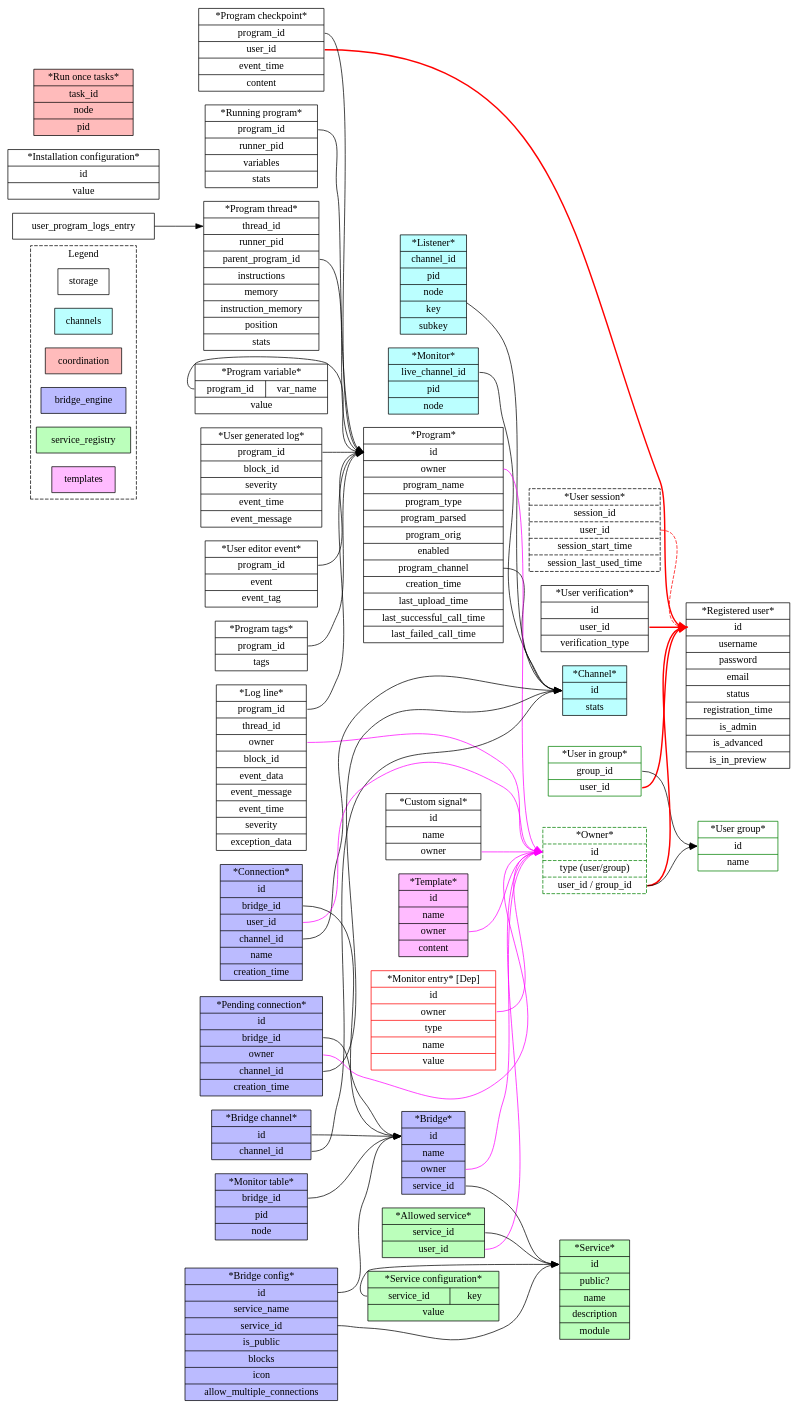
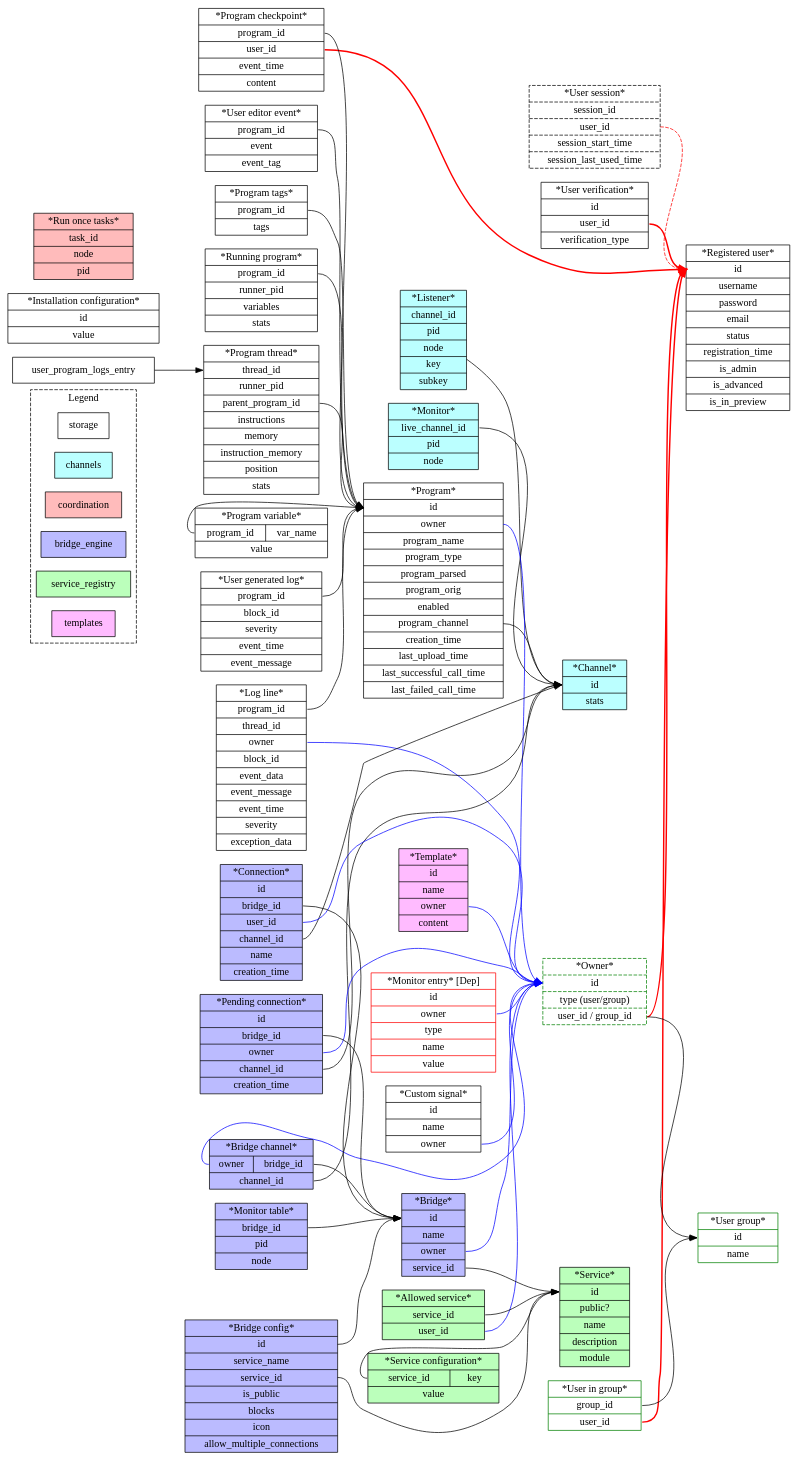
One commit to programaker-project/Programaker-Core changed the diagram in docs/diagrams/db-model.gv. Above: the diagram before and after it, drawn with Graphviz. The commit also changed 20 other files, not shown here.

```diff
--- a/docs/diagrams/db-model.gv
+++ b/docs/diagrams/db-model.gv
@@ -1,192 +1,195 @@
 digraph g {
   rankdir=LR
   node[shape=record];
   style=dashed;
 
   subgraph cluster_legend {
     label="Legend"
 
     storage;
     channels[style=filled,fillcolor="#bbffff"];
     coordination[style=filled,fillcolor="#ffbbbb"]
     bridge_engine[style=filled,fillcolor="#bbbbff"];
     service_registry[style=filled,fillcolor="#bbffbb"]
     templates[style=filled,fillcolor="#ffbbff"]
   }
 
 
   subgraph group_core_channels {
     label="Channels";
     node[style=filled,fillcolor="#bbffff"];
 
     // LIVE_CHANNELS_TABLE | automate_channel_engine_live_channels_table
     live_channels_table_entry[label="*Channel* | <pk> id | stats"];
 
     // LISTENERS_TABLE | automate_channel_engine_listeners_table
     listeners_table_entry[label="*Listener*| <f0> channel_id | pid | node | key | subkey"];
     listeners_table_entry -> live_channels_table_entry:pk;
 
     // MONITORS_TABLE | automate_channel_engine_monitors_table
     monitors_table_entry[label="*Monitor* | <f0> live_channel_id | pid | node"];
     monitors_table_entry:f0 -> live_channels_table_entry:pk;
   }
 
   subgraph group_core_storage {
     label="Storage";
 
     // REGISTERED_USERS_TABLE | automate_registered_users
     registered_user_entry[label="*Registered user* | <pk> id | username | password | email | status | registration_time | is_admin | is_advanced | is_in_preview"];
 
     // User group
     user_group[
       color="green",
       label="*User group* | <pk> id | name"]
 
     // User in group
     user_in_group[color=green, 
       label="*User in group* | <f0> group_id | <f1> user_id"]
     user_in_group:f0 -> user_group:pk
     user_in_group:f1 -> registered_user_entry:pk[style=bold,color="#ff0000"];
 
     // User or group
     owner[color=green,style=dashed,
       label="*Owner* | <pk> id | type (user/group) | <f1> user_id / group_id"]
     owner:f1 -> user_group:pk
     owner:f1 -> registered_user_entry:pk[style=bold,color="#ff0000"];
 
     // USER_SESSIONS_TABLE | automate_user_sessions
     user_session_entry[style=dashed, // Maybe a permisisons-based model would be interesting
       label="*User session* | <pk> session_id | <f0> user_id | session_start_time | session_last_used_time"];
     user_session_entry:f0 -> registered_user_entry:pk[style=dashed,color="#ff0000"];
 
     // // USER_MONITORS_TABLE | automate_user_monitors
     monitor_entry[color=red, // Deprecated
                   label="*Monitor entry* [Dep] | <pk> id | <f0> owner | type | name | value"];
-    monitor_entry:f0 -> owner:pk[style=normal,color="#ff00ff"];
+    monitor_entry:f0 -> owner:pk[style=normal,color="#0000ff"];
 
     // USER_PROGRAMS_TABLE | automate_user_programs
     user_program_entry[label="*Program* | <pk> id | <f0> owner | program_name | program_type | program_parsed | program_orig | enabled | <f1> program_channel | creation_time | last_upload_time | last_successful_call_time | last_failed_call_time"];
-    user_program_entry:f0 -> owner:pk[style=normal,color="#ff00ff"];
+    user_program_entry:f0 -> owner:pk[style=normal,color="#0000ff"];
     user_program_entry:f1 -> live_channels_table_entry:pk;
 
     // USER_PROGRAMS_LOGS_TABLE | automate_user_program_logs
     user_program_log_entry[label="*Log line* | <f0> program_id | <f1> thread_id | <f2> owner | block_id | event_data | event_message | event_time | severity | exception_data"];
     user_program_log_entry:f0 -> user_program_entry:pk;
-    user_program_log_entry:f2 -> owner:pk[style=normal,color="#ff00ff"];
+    user_program_log_entry:f2 -> owner:pk[style=normal,color="#0000ff"];
 
     // USER_GENERATED_LOGS_TABLE | automate_user_generated_logs
     user_generated_log_entry[label="*User generated log* | <f0> program_id | block_id | severity | event_time | event_message"]
     user_generated_log_entry:f0 -> user_program_entry:pk;
 
     // USER_PROGRAM_EVENTS_TABLE | automate_user_program_events
     user_program_editor_event[label="*User editor event* | <f0> program_id | event | event_tag"]
     user_program_editor_event:f0 -> user_program_entry:pk;
 
     // USER_PROGRAM_CHECKPOINTS_TABLE | automate_user_program_checkpoints
     user_program_checkpoint[label="*Program checkpoint* | <f0> program_id | <f1> user_id | event_time | content"]
     user_program_checkpoint:f0 -> user_program_entry:pk;
     user_program_checkpoint:f1 -> registered_user_entry:pk[style=bold,color="#ff0000"];
 
     // PROGRAM_TAGS_TABLE | automate_program_tags
     program_tags_entry[label="*Program tags* | <f0> program_id | tags"];
     program_tags_entry:f0 -> user_program_entry:pk;
 
     // RUNNING_PROGRAMS_TABLE | automate_running_programs
     running_program_entry[label="*Running program*| <f0> program_id | runner_pid | variables | stats"];
     running_program_entry:f0 -> user_program_entry:pk;
 
     // RUNNING_THREADS_TABLE | automate_running_program_threads
     running_program_thread_entry[label="*Program thread* | <pk> thread_id | runner_pid | <f0> parent_program_id | instructions | memory | instruction_memory | position | stats"];
     user_program_logs_entry:f1 -> running_program_thread_entry:pk;
     running_program_thread_entry:f0 -> user_program_entry:pk;
 
     // PROGRAM_VARIABLE_TABLE | automate_program_variable_table
     program_variable_table_entry[label="*Program variable* | {<f0> program_id | var_name} | value"];
     program_variable_table_entry:f0 -> user_program_entry:pk;  // Not sure if user program or running program
 
     // CUSTOM_SIGNALS_TABLE | automate_custom_signals_table
     custom_signal_entry[label="*Custom signal* | <pk> id | name | <f0> owner"];
-    custom_signal_entry:f0 -> owner:pk[style=normal,color="#ff00ff"];
+    custom_signal_entry:f0 -> owner:pk[style=normal,color="#0000ff"];
 
     // INSTALLATION_CONFIGURATION_TABLE | automate_installation_configuration
     storage_configuration_entry[label="*Installation configuration* | <pk> id | value"];
 
     // USER_VERIFICATION_TABLE | automate_user_verification_table
     user_verification_entry[label="*User verification* | <pk> id | <f0> user_id | verification_type"]
     user_verification_entry:f0 -> registered_user_entry:pk[style=bold,color="#ff0000"];
   }
 
   subgraph group_coordination {
     label="Coordination";
     node[style=filled,fillcolor="#ffbbbb"];
 
     // RUN_ONCE_TASKS_TABLE | automate_coordination_run_once_tasks
     run_once_tasks_table_entry[label="*Run once tasks* | <pk> task_id | node | pid"]
   }
 
   subgraph group_registry_services {
     label="Service registry";
     node[style=filled,fillcolor="#bbffbb"]
 
     // SERVICE_REGISTRY_TABLE | automate_service_registry_services_table
     services_table_entry[label="*Service* | <pk> id | public? | name | description | module"];
 
     // USER_SERVICE_ALLOWANCE_TABLE | automate_service_registry_user_service_allowance_table
     user_service_allowance_entry[label="*Allowed service*| <f0> service_id | <f1> user_id"];
     user_service_allowance_entry:f0 -> services_table_entry:pk;
-    user_service_allowance_entry:f1 -> owner:pk[style=normal,color="#ff00ff"];
+    user_service_allowance_entry:f1 -> owner:pk[style=normal,color="#0000ff"];
 
     // SERVICE_CONFIGURATION_TABLE | automate_service_registry_service_configuration_table
     service_configuration_entry[label="*Service configuration* | { <f0> service_id | key } | value "];
     service_configuration_entry:f0 -> services_table_entry:pk;
   }
 
   subgraph group_bridges {
     label="Bridge engine";
 
     node[style=filled,fillcolor="#bbbbff"]
 
     // SERVICE_PORT_TABLE | automate_service_port_table
     service_port_entry[label="*Bridge* | <pk> id | name | <f0> owner | <f1> service_id"]
-    service_port_entry:f0 -> owner:pk[style=normal,color="#ff00ff"];
+    service_port_entry:f0 -> owner:pk[style=normal,color="#0000ff"];
     service_port_entry:f1 -> services_table_entry:pk;
 
     // SERVICE_PORT_CONFIGURATION_TABLE | automate_service_port_configuration_table
     service_port_configuration[label="*Bridge config* | <pk> id | service_name | <f0> service_id | is_public | blocks | icon | allow_multiple_connections"]
     service_port_configuration:pk -> service_port_entry:pk;
     service_port_configuration:f0 -> services_table_entry:pk
 
 
     // SERVICE_PORT_CHANNEL_TABLE | automate_service_port_channel_table
-    service_port_monitor_channel_entry[label="*Bridge channel* | <pk> id | <f0> channel_id"]
-    service_port_monitor_channel_entry:pk -> service_port_entry:pk;
-    service_port_monitor_channel_entry:f0 -> live_channels_table_entry:pk;
+    service_port_monitor_channel_entry[label="*Bridge channel* | { <f0> owner | <f1> bridge_id } | <f2> channel_id"]
+    service_port_monitor_channel_entry:f0 -> owner:pk[style=normal,color="#0000ff"];
+    service_port_monitor_channel_entry:f1 -> service_port_entry:pk;
+    service_port_monitor_channel_entry:f2 -> live_channels_table_entry:pk;
 
     // SERVICE_PORT_CHANNEL_MONITORS_TABLE | automate_service_port_channel_monitors_table
     channel_monitor_table_entry[label="*Monitor table* | {<f0> bridge_id} | pid | node"]
     channel_monitor_table_entry:f0 -> service_port_entry:pk
 
     // USER_TO_BRIDGE_CONNECTION_TABLE | automate_service_port_channel_user_to_bridge_connection_table    // Bridge connection
     user_to_bridge_connection_entry[
                      label="*Connection* | <pk> id | <f0> bridge_id | <f1> user_id | <f2> channel_id | name | creation_time"]
     user_to_bridge_connection_entry:f0 -> service_port_entry:pk
-    user_to_bridge_connection_entry:f1 -> owner:pk[style=normal,color="#ff00ff"];
+    user_to_bridge_connection_entry:f1 -> owner:pk[style=normal,color="#0000ff"];
     user_to_bridge_connection_entry:f2 -> live_channels_table_entry:pk
     // Connection data might store data from the bridges
 
     pending_connection_entry[label="*Pending connection* | <pk> id | <f0> bridge_id | <f1> owner | <f2> channel_id | creation_time"]
     pending_connection_entry:f0 -> service_port_entry:pk
-    pending_connection_entry:f1 -> owner:pk[style=normal,color="#ff00ff"];
+    pending_connection_entry:f1 -> owner:pk[style=normal,color="#0000ff"];
     pending_connection_entry:f2 -> live_channels_table_entry:pk
+
+
   }
 
   subgraph group_core_template_engine {
     label="Template engine"
     node[style=filled,fillcolor="#ffbbff"]
 
     // TEMPLATE_TABLE | automate_template_engine_templates_table
     template_entry[label="*Template* | <pk> id | name | <f0> owner | content"]
-    template_entry:f0 -> owner:pk[style=normal,color="#ff00ff"];
+    template_entry:f0 -> owner:pk[style=normal,color="#0000ff"];
 
   }
 }
```
